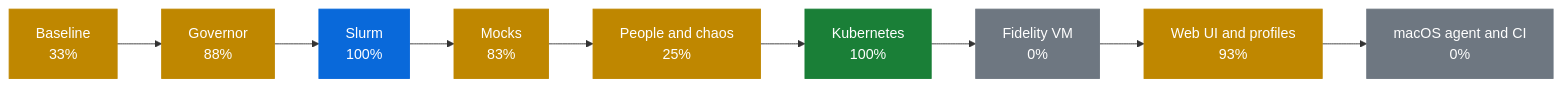
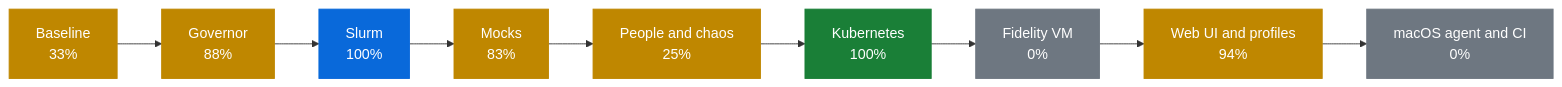
The first of 2 diagrams in docs/PROGRESS.md (AhmedYousriSobhi/workbench), drawn with Mermaid before and after one commit. The commit also changed other lines of this file and 25 other files, not shown here.

````diff
--- a/docs/PROGRESS.md
+++ b/docs/PROGRESS.md
@@ -10,17 +10,17 @@
 ```mermaid
 flowchart LR
     p0["Baseline<br/>33%"]:::partial
     p1["Governor<br/>88%"]:::partial
     p2["Slurm<br/>100%"]:::review
     p3["Mocks<br/>83%"]:::partial
     p4["People and chaos<br/>25%"]:::partial
     p5["Kubernetes<br/>100%"]:::done
     p6["Fidelity VM<br/>0%"]:::todo
-    p7["Web UI and profiles<br/>93%"]:::partial
+    p7["Web UI and profiles<br/>94%"]:::partial
     p8["macOS agent and CI<br/>0%"]:::todo
     p0 --> p1 --> p2 --> p3 --> p4 --> p5 --> p6 --> p7 --> p8
     classDef done fill:#1a7f37,stroke:#1a7f37,color:#fff
     classDef review fill:#0969da,stroke:#0969da,color:#fff
     classDef partial fill:#bf8700,stroke:#bf8700,color:#fff
     classDef todo fill:#6e7781,stroke:#6e7781,color:#fff
 ```
````
